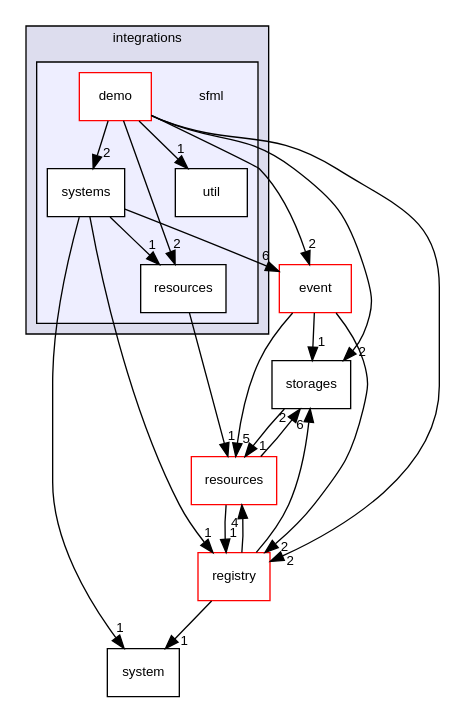
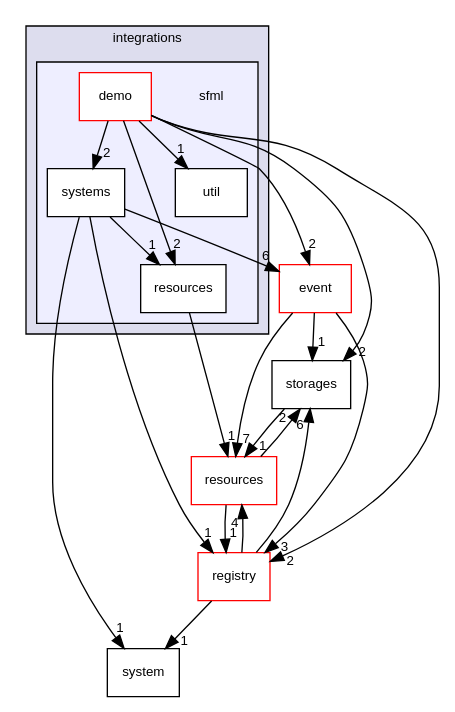
Before and after one commit to AndreasLrx/ecstasy: the diagram in dir_51c06735119cb26e5f04dc30c3de2d57_dep.dot, drawn with Graphviz. The commit also changed 382 other files, not shown here.

```diff
--- a/dir_51c06735119cb26e5f04dc30c3de2d57_dep.dot
+++ b/dir_51c06735119cb26e5f04dc30c3de2d57_dep.dot
@@ -1,41 +1,41 @@
 digraph "src/ecstasy/integrations/sfml" {
   compound=true
   node [ fontsize="10", fontname="Helvetica"];
   edge [ labelfontsize="10", labelfontname="Helvetica"];
   subgraph clusterdir_f15917d6366dfa96c32563b53409824a {
     graph [ bgcolor="#ddddee", pencolor="black", label="integrations" fontname="Helvetica", fontsize="10", URL="dir_f15917d6366dfa96c32563b53409824a.html"]
   subgraph clusterdir_51c06735119cb26e5f04dc30c3de2d57 {
     graph [ bgcolor="#eeeeff", pencolor="black", label="" URL="dir_51c06735119cb26e5f04dc30c3de2d57.html"];
     dir_51c06735119cb26e5f04dc30c3de2d57 [shape=plaintext label="sfml"];
     dir_c01fc4cc10e0d58939200194d46ba02e [shape=box label="demo" color="red" fillcolor="white" style="filled" URL="dir_c01fc4cc10e0d58939200194d46ba02e.html"];
     dir_d39b5e3b98d710191729c82e4f1d60c9 [shape=box label="resources" color="black" fillcolor="white" style="filled" URL="dir_d39b5e3b98d710191729c82e4f1d60c9.html"];
     dir_30970fbe9de3918f98e58b7106d748f8 [shape=box label="systems" color="black" fillcolor="white" style="filled" URL="dir_30970fbe9de3918f98e58b7106d748f8.html"];
     dir_2de34326986a779f9fff4c0e99b551f8 [shape=box label="util" color="black" fillcolor="white" style="filled" URL="dir_2de34326986a779f9fff4c0e99b551f8.html"];
   }
   }
   dir_bb1f71bfffde0d1688dd5f7686f27ec6 [shape=box label="system" URL="dir_bb1f71bfffde0d1688dd5f7686f27ec6.html"];
   dir_4a1419ba0e8125a1fc6aeccf1492e850 [shape=box label="storages" URL="dir_4a1419ba0e8125a1fc6aeccf1492e850.html"];
   dir_8c1a170fbd0a5283d7ed264cf6df56b3 [shape=box label="resources" fillcolor="white" style="filled" color="red" URL="dir_8c1a170fbd0a5283d7ed264cf6df56b3.html"];
   dir_27d9dd95bf0309eb27f3bb61fbabadeb [shape=box label="registry" fillcolor="white" style="filled" color="red" URL="dir_27d9dd95bf0309eb27f3bb61fbabadeb.html"];
   dir_183c73d974247df0fabaedf6b9eb94ef [shape=box label="event" fillcolor="white" style="filled" color="red" URL="dir_183c73d974247df0fabaedf6b9eb94ef.html"];
   dir_d39b5e3b98d710191729c82e4f1d60c9->dir_8c1a170fbd0a5283d7ed264cf6df56b3 [headlabel="1", labeldistance=1.5 headhref="dir_000008_000017.html"];
   dir_c01fc4cc10e0d58939200194d46ba02e->dir_d39b5e3b98d710191729c82e4f1d60c9 [headlabel="2", labeldistance=1.5 headhref="dir_000020_000008.html"];
   dir_c01fc4cc10e0d58939200194d46ba02e->dir_4a1419ba0e8125a1fc6aeccf1492e850 [headlabel="2", labeldistance=1.5 headhref="dir_000020_000019.html"];
   dir_c01fc4cc10e0d58939200194d46ba02e->dir_30970fbe9de3918f98e58b7106d748f8 [headlabel="2", labeldistance=1.5 headhref="dir_000020_000009.html"];
   dir_c01fc4cc10e0d58939200194d46ba02e->dir_27d9dd95bf0309eb27f3bb61fbabadeb [headlabel="2", labeldistance=1.5 headhref="dir_000020_000014.html"];
   dir_c01fc4cc10e0d58939200194d46ba02e->dir_183c73d974247df0fabaedf6b9eb94ef [headlabel="2", labeldistance=1.5 headhref="dir_000020_000003.html"];
   dir_c01fc4cc10e0d58939200194d46ba02e->dir_2de34326986a779f9fff4c0e99b551f8 [headlabel="1", labeldistance=1.5 headhref="dir_000020_000010.html"];
   dir_4a1419ba0e8125a1fc6aeccf1492e850->dir_8c1a170fbd0a5283d7ed264cf6df56b3 [headlabel="1", labeldistance=1.5 headhref="dir_000019_000017.html"];
   dir_30970fbe9de3918f98e58b7106d748f8->dir_d39b5e3b98d710191729c82e4f1d60c9 [headlabel="1", labeldistance=1.5 headhref="dir_000009_000008.html"];
   dir_30970fbe9de3918f98e58b7106d748f8->dir_bb1f71bfffde0d1688dd5f7686f27ec6 [headlabel="1", labeldistance=1.5 headhref="dir_000009_000023.html"];
   dir_30970fbe9de3918f98e58b7106d748f8->dir_27d9dd95bf0309eb27f3bb61fbabadeb [headlabel="1", labeldistance=1.5 headhref="dir_000009_000014.html"];
   dir_30970fbe9de3918f98e58b7106d748f8->dir_183c73d974247df0fabaedf6b9eb94ef [headlabel="6", labeldistance=1.5 headhref="dir_000009_000003.html"];
   dir_8c1a170fbd0a5283d7ed264cf6df56b3->dir_4a1419ba0e8125a1fc6aeccf1492e850 [headlabel="2", labeldistance=1.5 headhref="dir_000017_000019.html"];
   dir_8c1a170fbd0a5283d7ed264cf6df56b3->dir_27d9dd95bf0309eb27f3bb61fbabadeb [headlabel="1", labeldistance=1.5 headhref="dir_000017_000014.html"];
   dir_27d9dd95bf0309eb27f3bb61fbabadeb->dir_bb1f71bfffde0d1688dd5f7686f27ec6 [headlabel="1", labeldistance=1.5 headhref="dir_000014_000023.html"];
   dir_27d9dd95bf0309eb27f3bb61fbabadeb->dir_4a1419ba0e8125a1fc6aeccf1492e850 [headlabel="6", labeldistance=1.5 headhref="dir_000014_000019.html"];
   dir_27d9dd95bf0309eb27f3bb61fbabadeb->dir_8c1a170fbd0a5283d7ed264cf6df56b3 [headlabel="4", labeldistance=1.5 headhref="dir_000014_000017.html"];
   dir_183c73d974247df0fabaedf6b9eb94ef->dir_4a1419ba0e8125a1fc6aeccf1492e850 [headlabel="1", labeldistance=1.5 headhref="dir_000003_000019.html"];
-  dir_183c73d974247df0fabaedf6b9eb94ef->dir_8c1a170fbd0a5283d7ed264cf6df56b3 [headlabel="5", labeldistance=1.5 headhref="dir_000003_000017.html"];
-  dir_183c73d974247df0fabaedf6b9eb94ef->dir_27d9dd95bf0309eb27f3bb61fbabadeb [headlabel="2", labeldistance=1.5 headhref="dir_000003_000014.html"];
+  dir_183c73d974247df0fabaedf6b9eb94ef->dir_8c1a170fbd0a5283d7ed264cf6df56b3 [headlabel="7", labeldistance=1.5 headhref="dir_000003_000017.html"];
+  dir_183c73d974247df0fabaedf6b9eb94ef->dir_27d9dd95bf0309eb27f3bb61fbabadeb [headlabel="3", labeldistance=1.5 headhref="dir_000003_000014.html"];
 }
```
